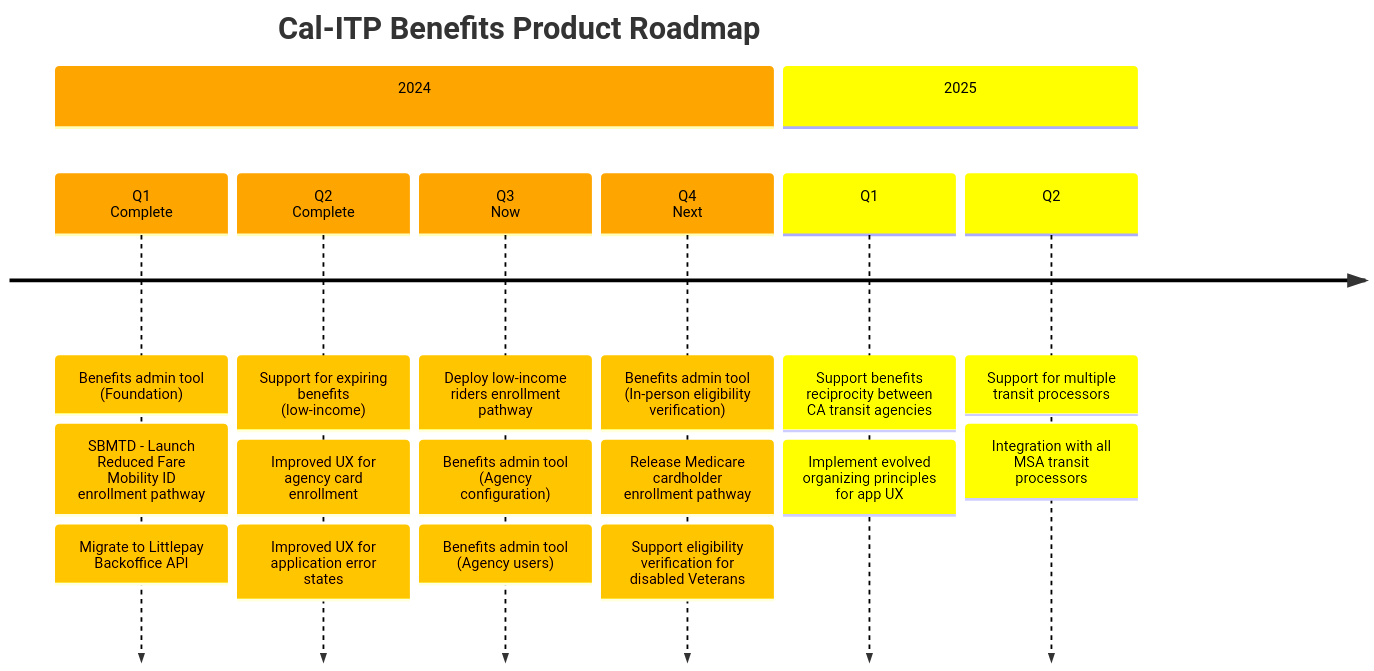
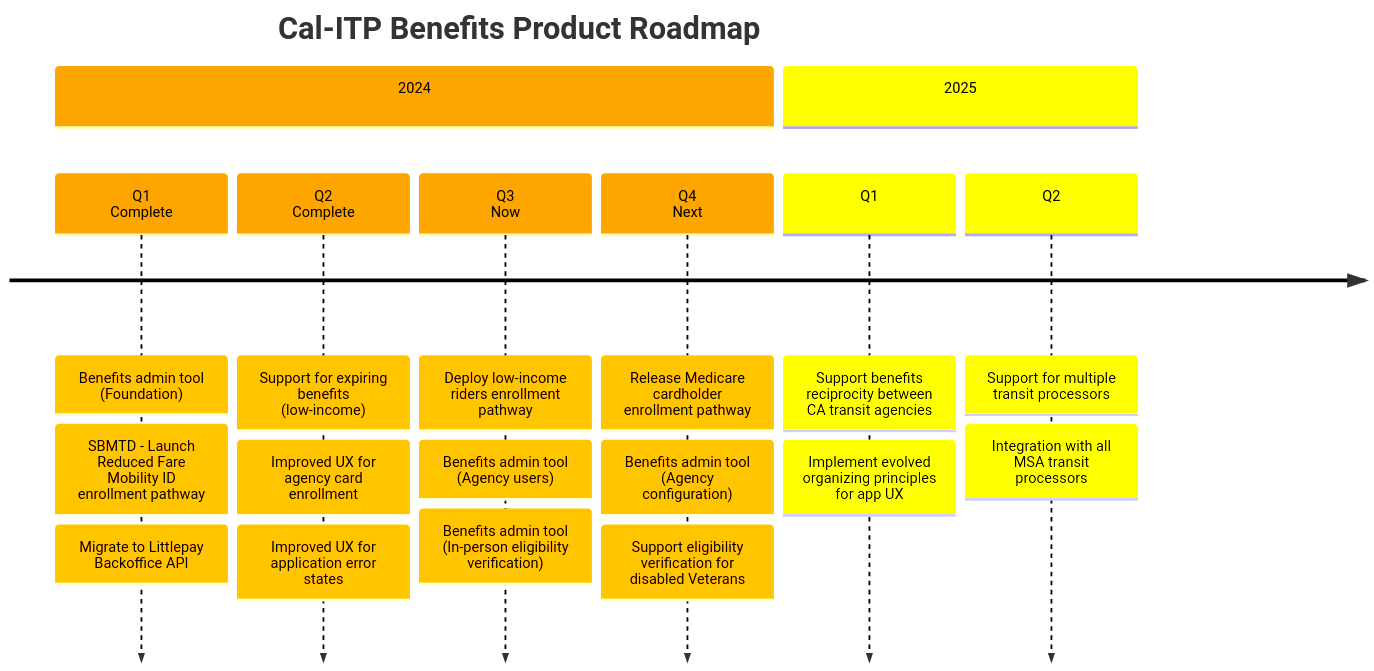
Before and after one commit to cal-itp/benefits: the diagram in docs/enrollment-pathways/README.md, drawn with Mermaid. The commit also changed other lines of this file, not shown here.

First line of the commit message:
Roadmap update

````diff
--- a/docs/enrollment-pathways/README.md
+++ b/docs/enrollment-pathways/README.md
@@ -19,53 +19,53 @@
 ```mermaid
 timeline
     title Cal-ITP Benefits Product Roadmap
 %% Cal-ITP Benefits Epics (2024)
           section 2024
 
           Q1<br>Complete
           : Benefits admin tool (Foundation)
           : SBMTD - Launch Reduced Fare Mobility ID enrollment pathway
           : Migrate to Littlepay Backoffice API
 
           Q2<br>Complete
           : Support for expiring benefits (low-income)
           : Improved UX for agency card enrollment
           : Improved UX for application error states
 
           Q3<br>Now
           : Deploy low-income riders enrollment pathway
-          : Benefits admin tool (Agency configuration)
           : Benefits admin tool (Agency users)
+          : Benefits admin tool (In-person eligibility verification)
 
           Q4<br>Next
-          : Benefits admin tool (In-person eligibility verification)
           : Release Medicare cardholder enrollment pathway
+          : Benefits admin tool (Agency configuration)
           : Support eligibility verification for disabled Veterans
 
 %% Cal-ITP Benefits Epics (2025)
           section 2025
 
           Q1
           : Support benefits reciprocity between CA transit agencies
           : Implement evolved organizing principles for app UX
 
           Q2
           : Support for multiple transit processors
           : Integration with all MSA transit processors
 
 %%{
     init: {
         'logLevel': 'debug',
         'theme': 'default' ,
         'themeVariables': {
             'cScale0': '#ffa500', 'cScaleLabel0': '#000000',
             'cScale1': '#ffff00', 'cScaleLabel1': '#000000',
             'cScale2': '#ffff00', 'cScaleLabel2': '#000000',
             'cScale3': '#008000', 'cScaleLabel3': '#ffffff',
             'cScale4': '#0000ff', 'cScaleLabel4': '#ffffff',
             'cScale5': '#4b0082', 'cScaleLabel5': '#ffffff',
             'cScale6': '#000000', 'cScaleLabel6': '#ffffff'
         }
     }
 }%%
 ```
````
